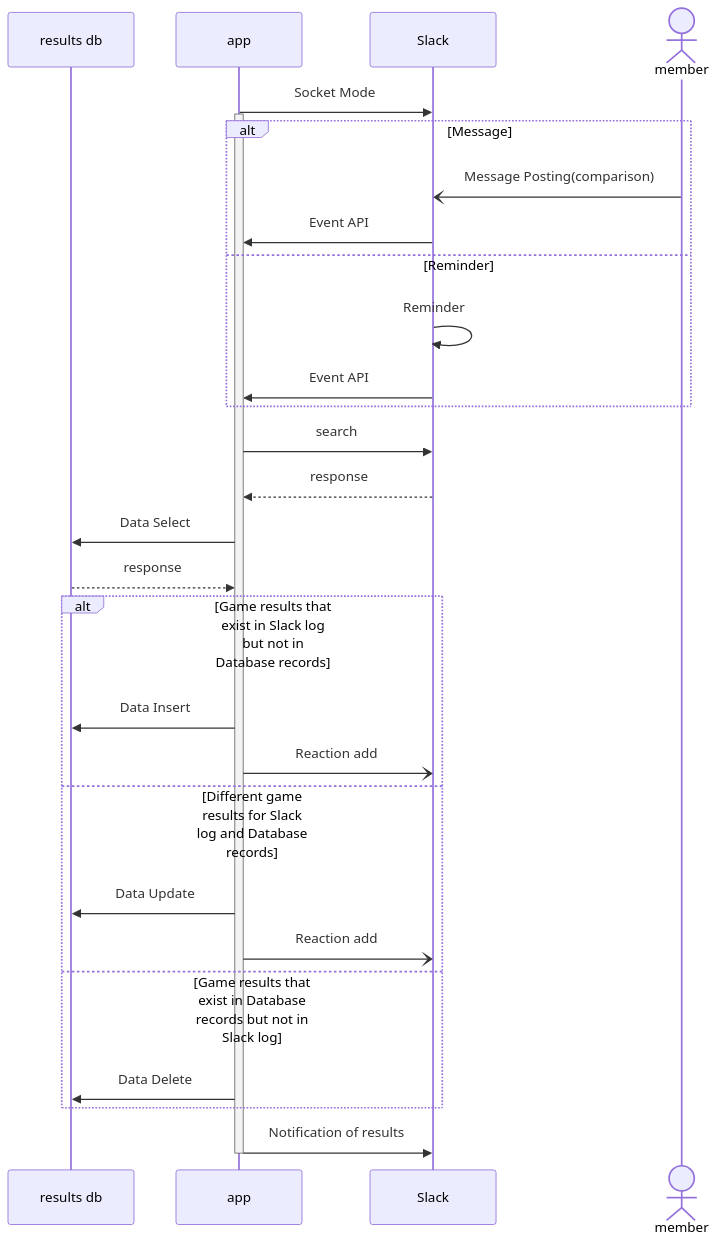
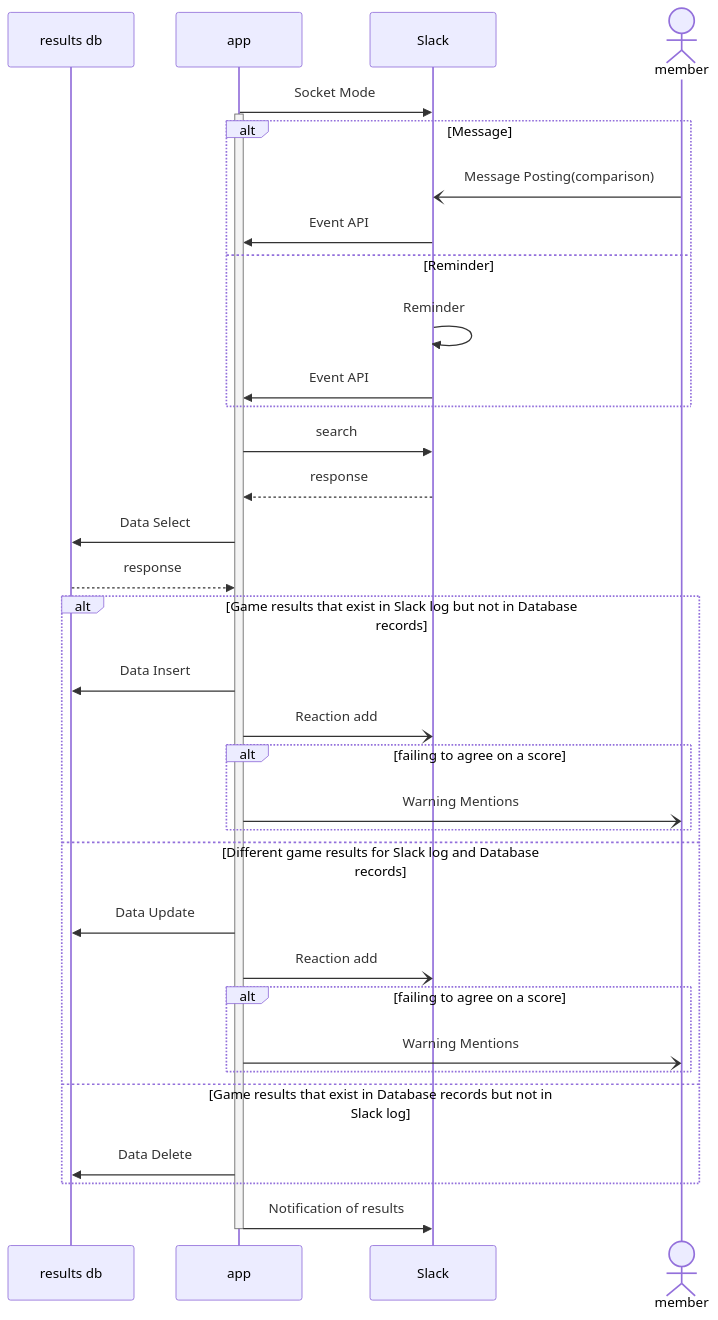
The fourth of 4 diagrams in docs/architecture.md (togakushi/slack-mahjong-score-management), drawn with Mermaid before and after one commit. The commit also changed other lines of this file, not shown here.

Commit message:
ドキュメント更新

````diff
--- a/docs/architecture.md
+++ b/docs/architecture.md
@@ -59,36 +60,42 @@
 ```mermaid
 sequenceDiagram
     participant results db
     participant app
     participant Slack
     actor member
 
     app->>Slack: Socket Mode
     activate app
 
     alt Message
     member-)Slack: Message Posting(comparison)
     Slack->>app: Event API
     else Reminder
     Slack->>Slack: Reminder
     Slack->>app: Event API
     end
 
     app->>Slack: search
     Slack-->>app: response
     app->>results db: Data Select
     results db-->>app: response
 
     alt Game results that exist in Slack log but not in Database records
     app->>results db: Data Insert
     app-)Slack: Reaction add
+    alt failing to agree on a score
+    app-)member: Warning Mentions
+    end
     else Different game results for Slack log and Database records
     app->>results db: Data Update
     app-)Slack: Reaction add
+    alt failing to agree on a score
+    app-)member: Warning Mentions
+    end
     else Game results that exist in Database records but not in Slack log
     app->>results db: Data Delete
     end
 
     app->>Slack: Notification of results
     deactivate app
 ```
````
